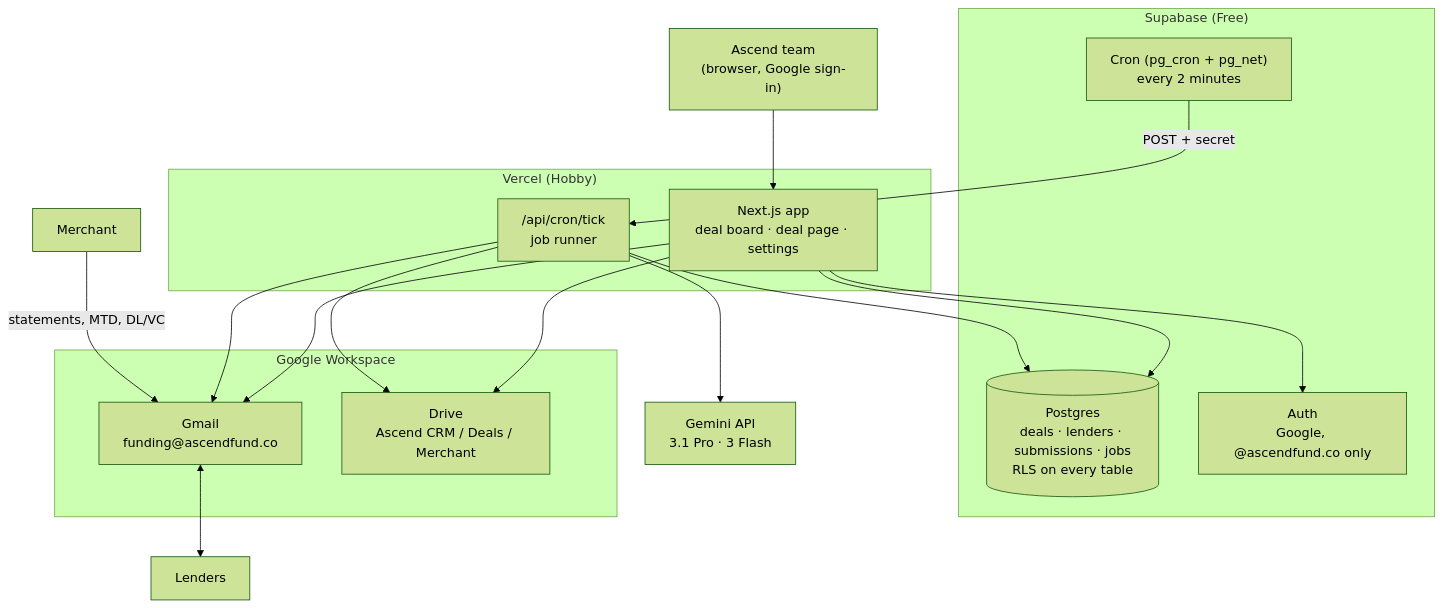
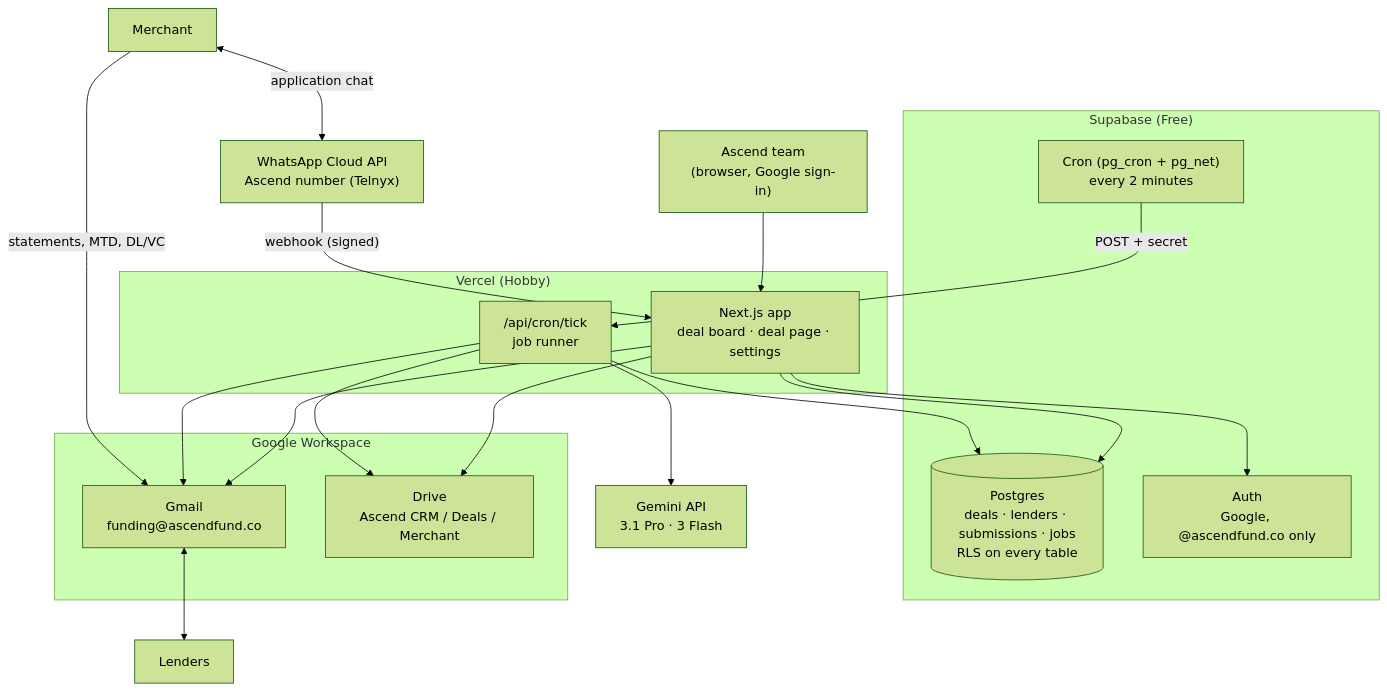
Before and after one commit to dewil95/tutos1: the first of 8 diagrams in docs/ARCHITECTURE.md, drawn with Mermaid (forest theme). The commit also changed other lines of this file and 45 other files, not shown here.

````diff
--- a/docs/ARCHITECTURE.md
+++ b/docs/ARCHITECTURE.md
@@ -9,35 +10,38 @@
 ```mermaid
 flowchart TB
   team["Ascend team<br/>(browser, Google sign-in)"]
 
   subgraph vercel["Vercel (Hobby)"]
     app["Next.js app<br/>deal board · deal page · settings"]
     tick["/api/cron/tick<br/>job runner"]
   end
 
   subgraph supa["Supabase (Free)"]
     db[("Postgres<br/>deals · lenders · submissions · jobs<br/>RLS on every table")]
     auth["Auth<br/>Google, @ascendfund.co only"]
     cron["Cron (pg_cron + pg_net)<br/>every 2 minutes"]
   end
 
   subgraph google["Google Workspace"]
     gmail["Gmail<br/>funding@ascendfund.co"]
     drive["Drive<br/>Ascend CRM / Deals / Merchant"]
   end
 
   gemini["Gemini API<br/>3.1 Pro · 3 Flash"]
+  wa["WhatsApp Cloud API<br/>Ascend number (Telnyx)"]
   lenders["Lenders"]
   merchant["Merchant"]
 
   team --> app
   app --> auth
   app --> db
   cron -- "POST + secret" --> tick
   tick --> db
   app & tick --> gmail
   app & tick --> drive
   tick --> gemini
   gmail <--> lenders
   merchant -- "statements, MTD, DL/VC" --> gmail
+  merchant <-- "application chat" --> wa
+  wa -- "webhook (signed)" --> app
 ```
````
